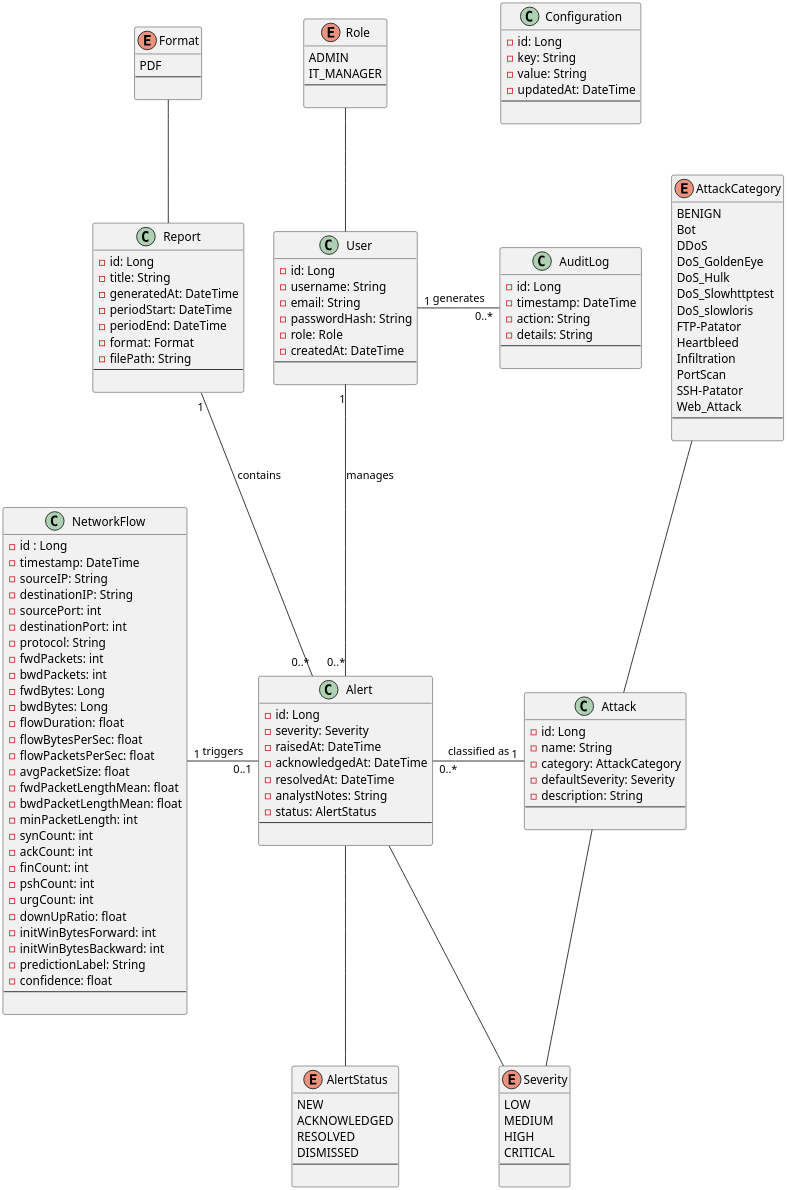
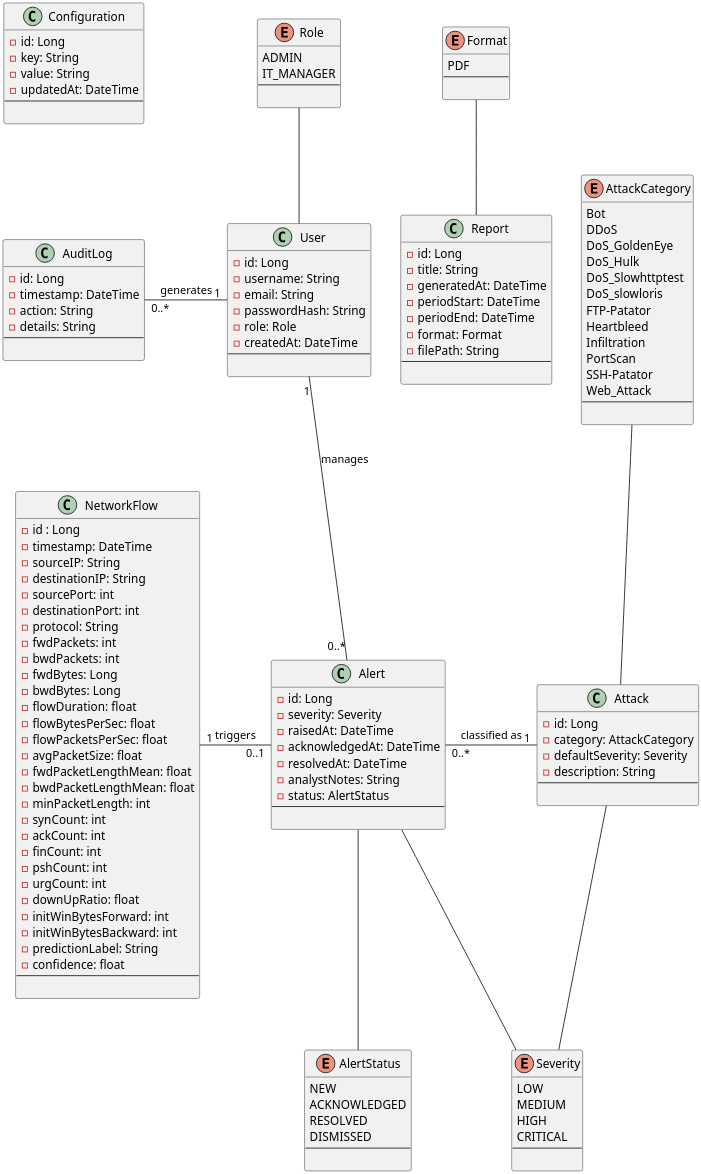
Before and after one commit to Amira-BOUAFIF/pfe-nids-report: the diagram in diagrams/code/class-diagram1.puml, drawn with PlantUML. The commit also changed 4 other files, not shown here.

Commit message:
another diagram update

```diff
--- a/diagrams/code/class-diagram1.puml
+++ b/diagrams/code/class-diagram1.puml
@@ -1,180 +1,178 @@
 @startuml class1
 skinparam dpi 300
 
 Enum Role {
     ADMIN
     IT_MANAGER
     --
 
 }
 
 Enum Severity {
     LOW
     MEDIUM
     HIGH
     CRITICAL
     --
 
 }
 
 Enum AlertStatus {
     NEW
     ACKNOWLEDGED
     RESOLVED
     DISMISSED
     --
 
 }
 
 Enum Format {
     PDF
     --
 
 }
 
 Enum AttackCategory {
-    BENIGN
     Bot
     DDoS
     DoS_GoldenEye
     DoS_Hulk
     DoS_Slowhttptest
     DoS_slowloris
     FTP-Patator
     Heartbleed
     Infiltration
     PortScan
     SSH-Patator
     Web_Attack
     --
 
 }
 
 
 ' Core Classes 
 
 class User {
     - id: Long
     - username: String
     - email: String
     - passwordHash: String
     - role: Role
     - createdAt: DateTime
     --
 
 }
 
 class Alert {
     - id: Long
     - severity: Severity
     - raisedAt: DateTime
     - acknowledgedAt: DateTime
     - resolvedAt: DateTime
     - analystNotes: String
     - status: AlertStatus
     --
 
 }
 
 class Attack {
     - id: Long
-    - name: String
     - category: AttackCategory
     - defaultSeverity: Severity
     - description: String
     --
 
 }
 
 class NetworkFlow {
     - id : Long
     - timestamp: DateTime
     - sourceIP: String
     - destinationIP: String
     - sourcePort: int
     - destinationPort: int
     - protocol: String
     - fwdPackets: int
     - bwdPackets: int
     - fwdBytes: Long
     - bwdBytes: Long
     - flowDuration: float
     - flowBytesPerSec: float
     - flowPacketsPerSec: float
     - avgPacketSize: float
     - fwdPacketLengthMean: float
     - bwdPacketLengthMean: float
     - minPacketLength: int
     - synCount: int
     - ackCount: int
     - finCount: int
     - pshCount: int
     - urgCount: int
     - downUpRatio: float
     - initWinBytesForward: int
     - initWinBytesBackward: int
     - predictionLabel: String
     - confidence: float  
     --
 
 }
 
 class AuditLog {
     - id: Long
     - timestamp: DateTime
     - action: String
     - details: String
     --
 
 }
 
 class Report {
     - id: Long
     - title: String
     - generatedAt: DateTime
     - periodStart: DateTime
     - periodEnd: DateTime 
     - format: Format
     - filePath: String
     --
 
 }
 
 class Configuration {
     - id: Long
     - key: String
     - value: String
     - updatedAt: DateTime
     --
 
 }
 
 ' ─── Class Relationships ──────────────────────────────
 
 ' A flow triggers at most one alert
 NetworkFlow "1"   -right-  "0..1"  Alert      : triggers 
 
 ' An alert is classified as one attack type
 Alert          "0..*"   -right-  "1"     Attack : classified as 
 
 ' Admin manages alert status
 User           "1"   --  "0..*"  Alert      : manages 
 
 ' User actions recorded in audit log
-User           "1"   -right-  "0..*"  AuditLog   : generates
+User           "1"   -left-  "0..*"  AuditLog   : generates
 
 ' Report aggregates alerts over a period
-Report         "1"   --  "0..*"  Alert      : contains 
+   
 
 
 Report -[hidden]right- User
 Attack -up- AttackCategory
 Report -up- Format
 Alert -down- AlertStatus
 Alert -- Severity
 User -up- Role
 Attack -- Severity
 
 AuditLog -[hidden]up- Configuration
 
 @enduml
```
